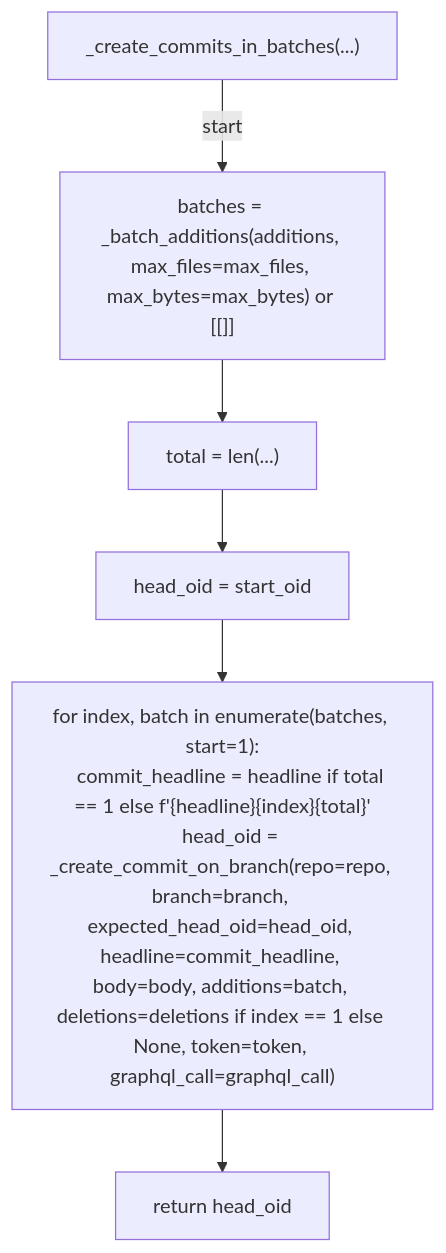
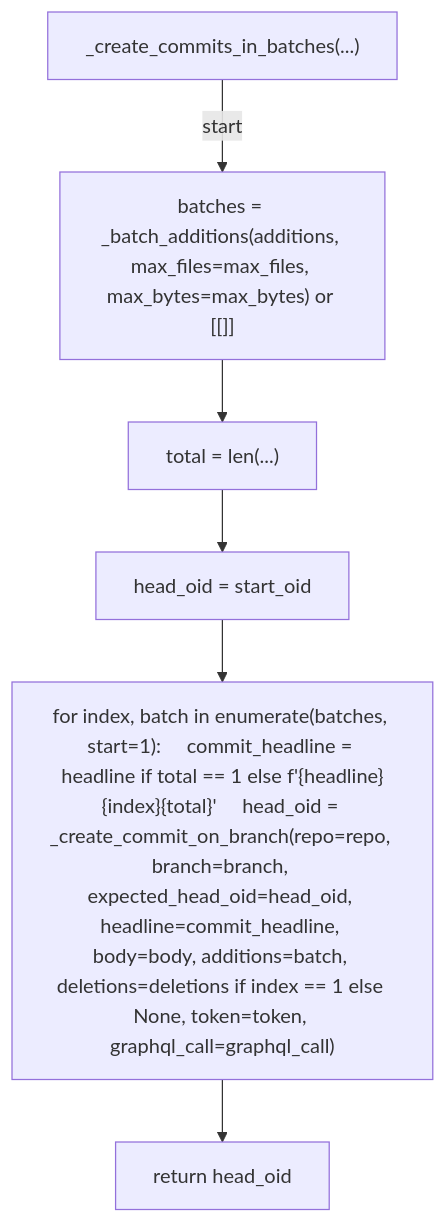
One commit to tvna/claude-md changed the third of 3 diagrams in docs/generated/scripts/ast/_pr_commit_batch.md. Above: the diagram before and after it, drawn with Mermaid. The commit also changed other lines of this file and 20 other files, not shown here.

First line of the commit message:
docs(generated): regenerate decision tree and workflow diagrams (batch 1/5)

````diff
--- a/docs/generated/scripts/ast/_pr_commit_batch.md
+++ b/docs/generated/scripts/ast/_pr_commit_batch.md
@@ -83,16 +76,14 @@
 ```mermaid
 flowchart TD
     N001["_create_commits_in_batches(...)"]
     N002["batches = _batch_additions(additions, max_files=max_files, max_bytes=max_bytes) or [[]]"]
     N003["total = len(...)"]
     N004["head_oid = start_oid"]
-    N005["for index, batch in enumerate(batches, start=1):
-    commit_headline = headline if total == 1 else f'{headline}<str>{index}<str>{total}<str>'
-    head_oid = _create_commit_on_branch(repo=repo, branch=branch, expected_head_oid=head_oid, headline=commit_headline, body=body, additions=batch, deletions=deletions if index == 1 else None, token=token, graphql_call=graphql_call)"]
+    N005["for index, batch in enumerate(batches, start=1):     commit_headline = headline if total == 1 else f'{headline}<str>{index}<str>{total}<str>'     head_oid = _create_commit_on_branch(repo=repo, branch=branch, expected_head_oid=head_oid, headline=commit_headline, body=body, additions=batch, deletions=deletions if index == 1 else None, token=token, graphql_call=graphql_call)"]
     N006["return head_oid"]
     N001 -->|"start"| N002
     N002 --> N003
     N003 --> N004
     N004 --> N005
     N005 --> N006
 ```
````
